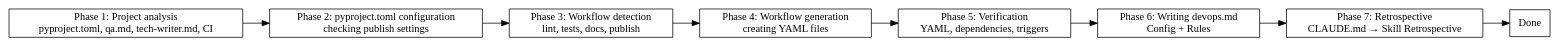
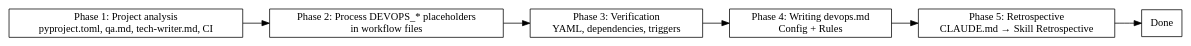
The diagram in skills/employees-devops-onboarding/SKILL.md (qarium/ai-python), drawn with Graphviz before and after one commit. The commit also changed other lines of this file and 25 other files, not shown here.

````diff
--- a/skills/employees-devops-onboarding/SKILL.md
+++ b/skills/employees-devops-onboarding/SKILL.md
@@ -37,21 +57,17 @@
 ```dot
 digraph flow {
     rankdir=LR;
     analyze [label="Phase 1: Project analysis\npyproject.toml, qa.md, tech-writer.md, CI" shape=box];
-    config [label="Phase 2: pyproject.toml configuration\nchecking publish settings" shape=box];
-    detect [label="Phase 3: Workflow detection\nlint, tests, docs, publish" shape=box];
-    generate [label="Phase 4: Workflow generation\ncreating YAML files" shape=box];
-    verify [label="Phase 5: Verification\nYAML, dependencies, triggers" shape=box];
-    rules [label="Phase 6: Writing devops.md\nConfig + Rules" shape=box];
+    process [label="Phase 2: Process DEVOPS_* placeholders\nin workflow files" shape=box];
+    verify [label="Phase 3: Verification\nYAML, dependencies, triggers" shape=box];
+    rules [label="Phase 4: Writing devops.md\nConfig + Rules" shape=box];
+    retro [label="Phase 5: Retrospective\nCLAUDE.md → Skill Retrospective" shape=box];
     done [label="Done" shape=box];
 
-    analyze -> config;
-    config -> detect;
-    detect -> generate;
-    generate -> verify;
+    analyze -> process;
+    process -> verify;
     verify -> rules;
-    retro [label="Phase 7: Retrospective\nCLAUDE.md → Skill Retrospective" shape=box];
     rules -> retro;
     retro -> done;
 }
 ```
````
